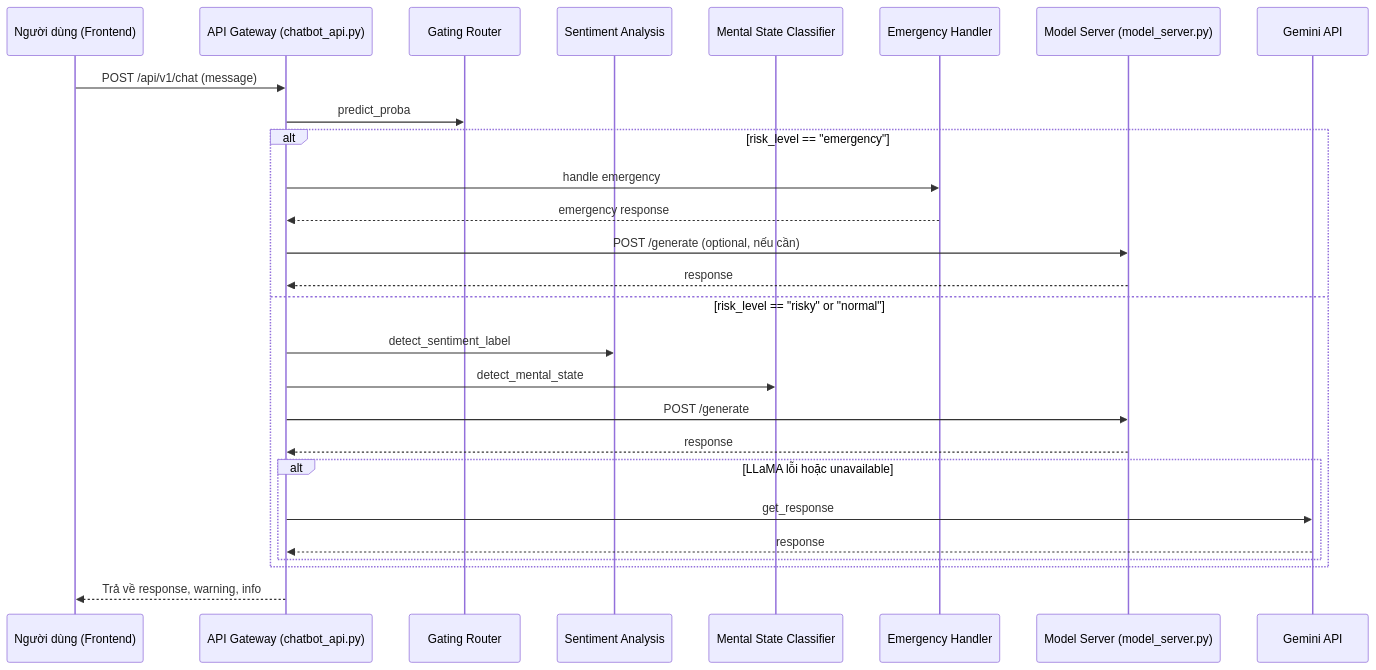
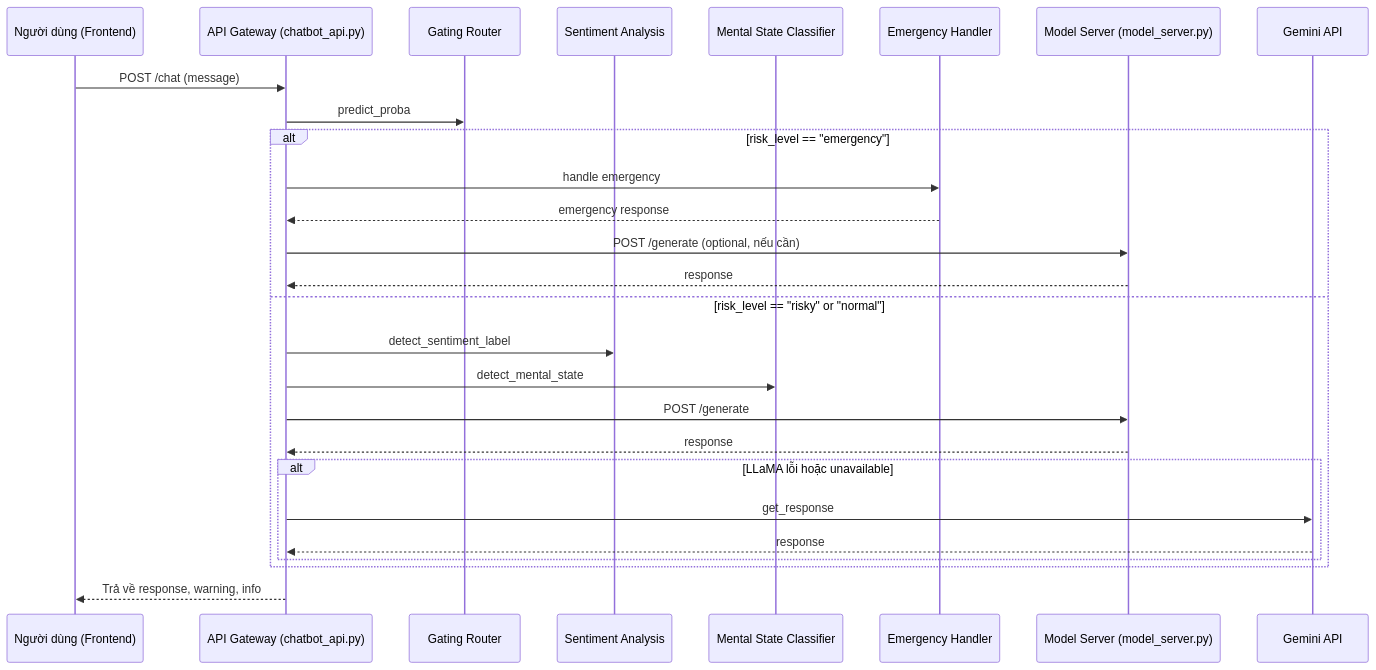
The diagram in Docs/API_OVERVIEW.md (VuHa123/DoAnTotNghiep), drawn with Mermaid before and after one commit. The commit also changed other lines of this file and 6 other files, not shown here.

````diff
--- a/Docs/API_OVERVIEW.md
+++ b/Docs/API_OVERVIEW.md
@@ -110,30 +110,30 @@
 ```mermaid
 sequenceDiagram
     participant User as Người dùng (Frontend)
     participant APIGW as API Gateway (chatbot_api.py)
     participant Gating as Gating Router
     participant Sentiment as Sentiment Analysis
     participant Mental as Mental State Classifier
     participant Emergency as Emergency Handler
     participant LLaMA as Model Server (model_server.py)
     participant Gemini as Gemini API
 
-    User->>APIGW: POST /api/v1/chat (message)
+    User->>APIGW: POST /chat (message)
     APIGW->>Gating: predict_proba
     alt risk_level == "emergency"
         APIGW->>Emergency: handle emergency
         Emergency-->>APIGW: emergency response
         APIGW->>LLaMA: POST /generate (optional, nếu cần)
         LLaMA-->>APIGW: response
     else risk_level == "risky" or "normal"
         APIGW->>Sentiment: detect_sentiment_label
         APIGW->>Mental: detect_mental_state
         APIGW->>LLaMA: POST /generate
         LLaMA-->>APIGW: response
         alt LLaMA lỗi hoặc unavailable
             APIGW->>Gemini: get_response
             Gemini-->>APIGW: response
         end
     end
     APIGW-->>User: Trả về response, warning, info
 ```
````
